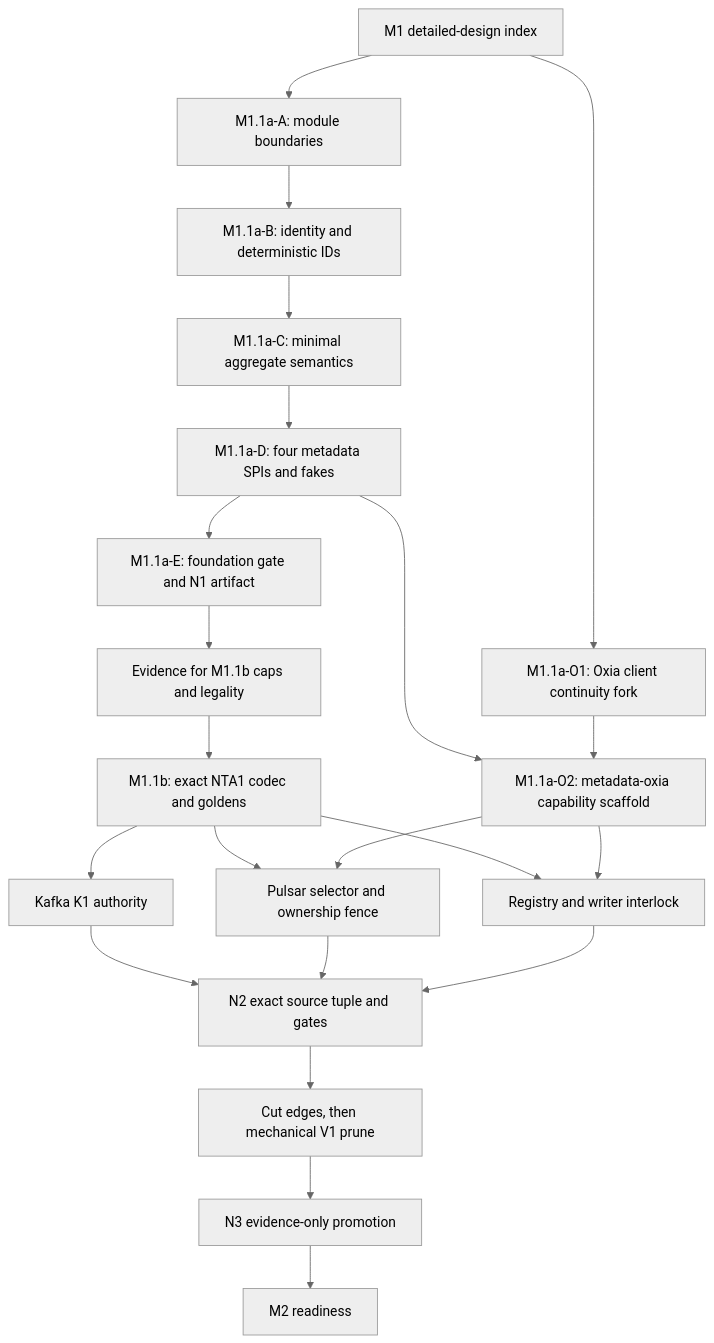
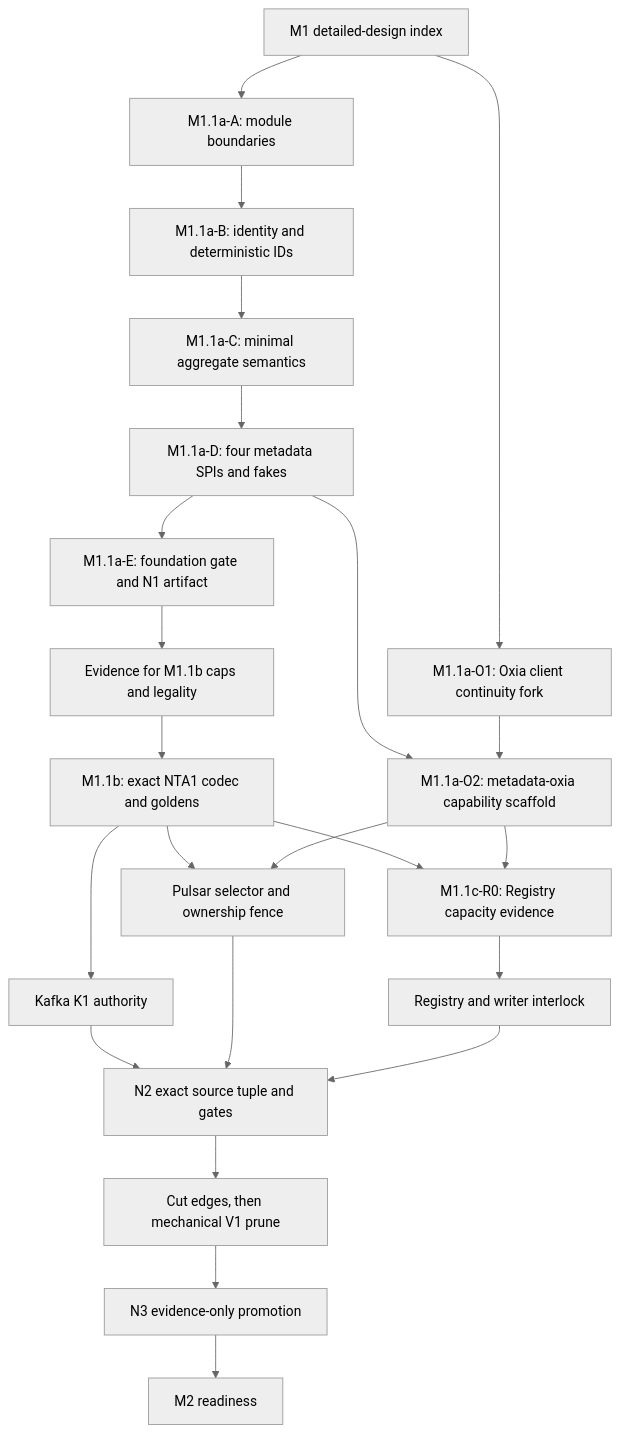
One commit to nereusstream/nereus changed the diagram in docs/v2/detailed_design/m1/README.md. Above: the diagram before and after it, drawn with Mermaid (neutral theme). The commit also changed other lines of this file and 5 other files, not shown here.

Commit message:
docs(v2): define Registry capacity spike boundary

````diff
--- a/docs/v2/detailed_design/m1/README.md
+++ b/docs/v2/detailed_design/m1/README.md
@@ -51,28 +51,29 @@
 ```mermaid
 flowchart TD
     D0["M1 detailed-design index"] --> A1["M1.1a-A: module boundaries"]
     A1 --> A2["M1.1a-B: identity and deterministic IDs"]
     A2 --> A3["M1.1a-C: minimal aggregate semantics"]
     A3 --> A4["M1.1a-D: four metadata SPIs and fakes"]
     A4 --> A5["M1.1a-E: foundation gate and N1 artifact"]
 
     D0 --> O1["M1.1a-O1: Oxia client continuity fork"]
     A4 --> O2["M1.1a-O2: metadata-oxia capability scaffold"]
     O1 --> O2
 
     A5 --> Q1["Evidence for M1.1b caps and legality"]
     Q1 --> B1["M1.1b: exact NTA1 codec and goldens"]
 
     B1 --> K1["Kafka K1 authority"]
     B1 --> P1["Pulsar selector and ownership fence"]
-    B1 --> R1["Registry and writer interlock"]
+    B1 --> R0["M1.1c-R0: Registry capacity evidence"]
+    R0 --> R1["Registry and writer interlock"]
     O2 --> P1
-    O2 --> R1
+    O2 --> R0
 
     K1 --> N2["N2 exact source tuple and gates"]
     P1 --> N2
     R1 --> N2
     N2 --> V1P["Cut edges, then mechanical V1 prune"]
     V1P --> N3["N3 evidence-only promotion"]
     N3 --> M2R["M2 readiness"]
 ```
````
